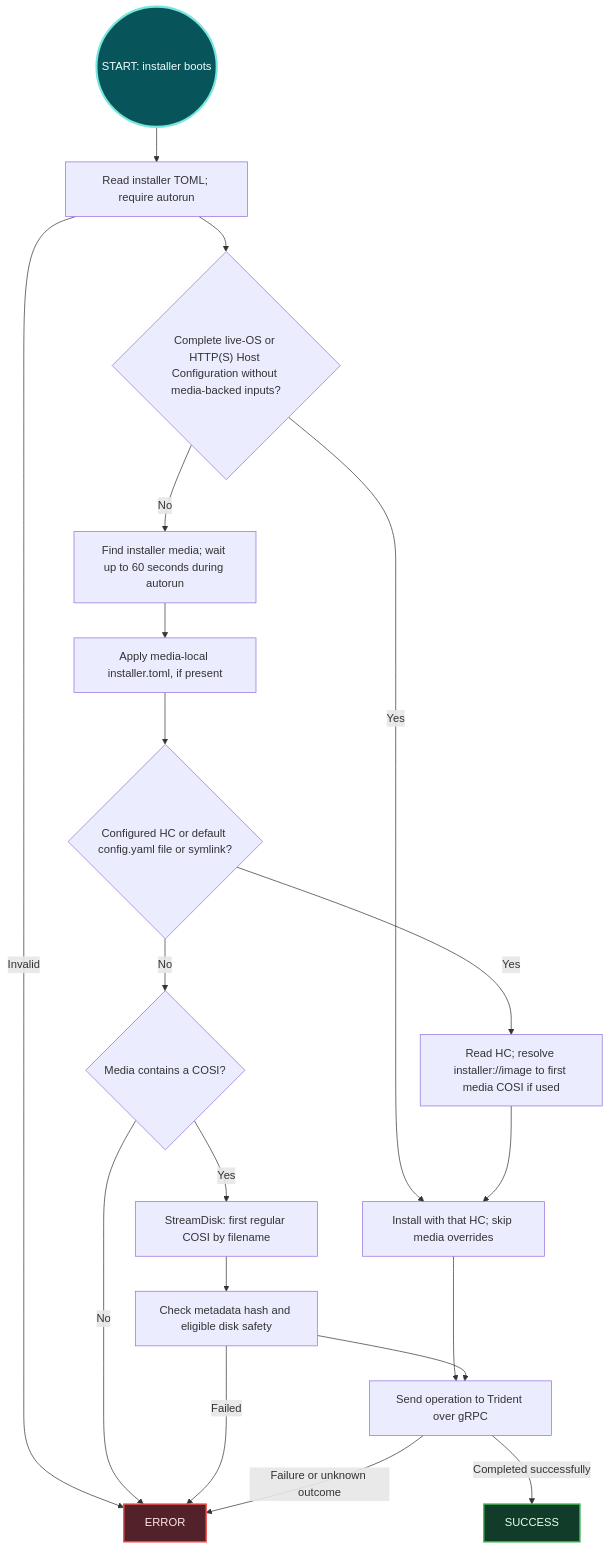
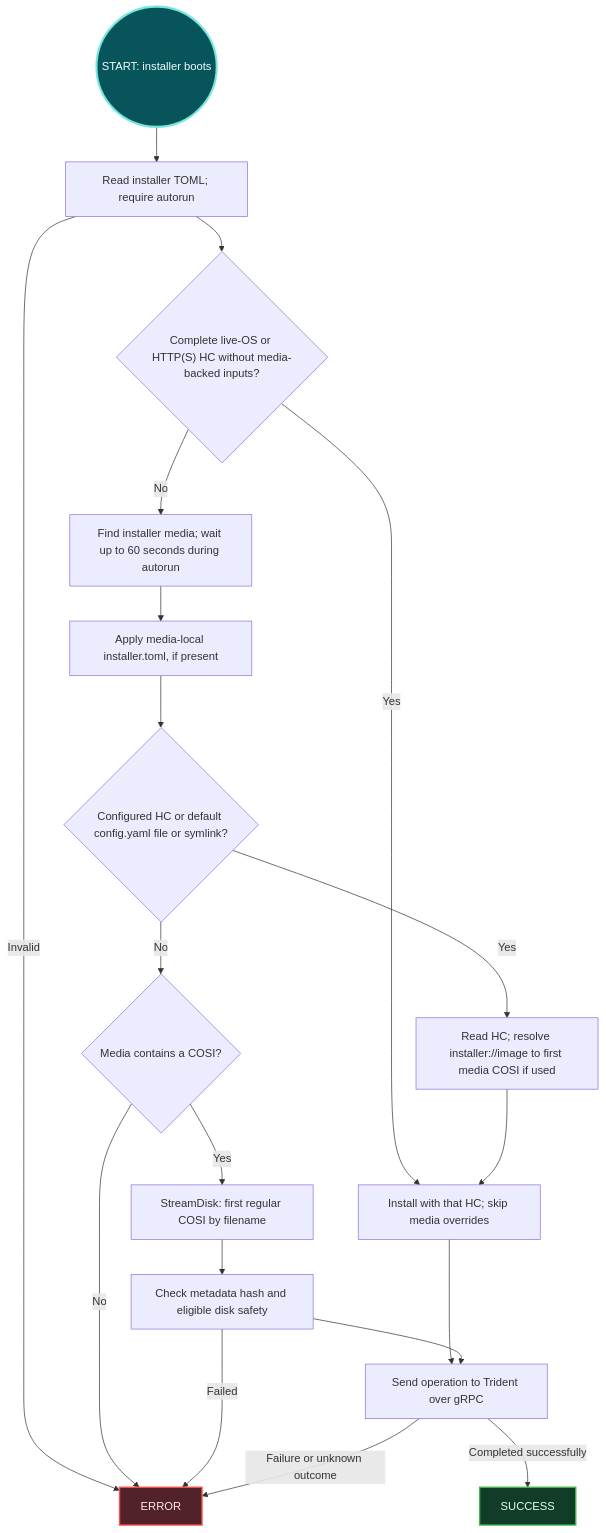
One commit to microsoft/trident changed the first of 3 diagrams in docs/Reference/Installer.md. Above: the diagram before and after it, drawn with Mermaid. The commit also changed other lines of this file and 1 other file, not shown here.

````diff
--- a/docs/Reference/Installer.md
+++ b/docs/Reference/Installer.md
@@ -17,27 +26,27 @@
 ```mermaid
 flowchart TD
   START(("START: installer boots")) --> CONFIG["Read installer TOML; require autorun"]
   CONFIG -->|Invalid| ERROR["ERROR"]
-  CONFIG --> SELF{"Complete live-OS or HTTP(S) Host Configuration without media-backed inputs?"}
+  CONFIG --> SELF{"Complete live-OS or HTTP(S) HC without media-backed inputs?"}
   SELF -->|Yes| INSTALL["Install with that HC; skip media overrides"]
   SELF -->|No| MEDIA["Find installer media; wait up to 60 seconds during autorun"]
   MEDIA --> OVERLAY["Apply media-local installer.toml, if present"]
   OVERLAY --> HC{"Configured HC or default config.yaml file or symlink?"}
   HC -->|Yes| READ["Read HC; resolve installer://image to first media COSI if used"]
   READ --> INSTALL
   HC -->|No| COSI{"Media contains a COSI?"}
   COSI -->|Yes| STREAM["StreamDisk: first regular COSI by filename"]
   COSI -->|No| ERROR
   STREAM --> PREFLIGHT["Check metadata hash and eligible disk safety"]
   PREFLIGHT -->|Failed| ERROR
   INSTALL --> TRIDENT["Send operation to Trident over gRPC"]
   PREFLIGHT --> TRIDENT
   TRIDENT -->|Completed successfully| SUCCESS["SUCCESS"]
   TRIDENT -->|Failure or unknown outcome| ERROR
   classDef startPoint fill:#07545b,stroke:#77e6db,color:#f0fffc,stroke-width:3px
   classDef success fill:#123c2a,stroke:#3fb950,color:#e7ffed,stroke-width:2px
   classDef error fill:#52212a,stroke:#f85149,color:#ffe8e5,stroke-width:2px
   class START startPoint
   class SUCCESS success
   class ERROR error
 ```
````
